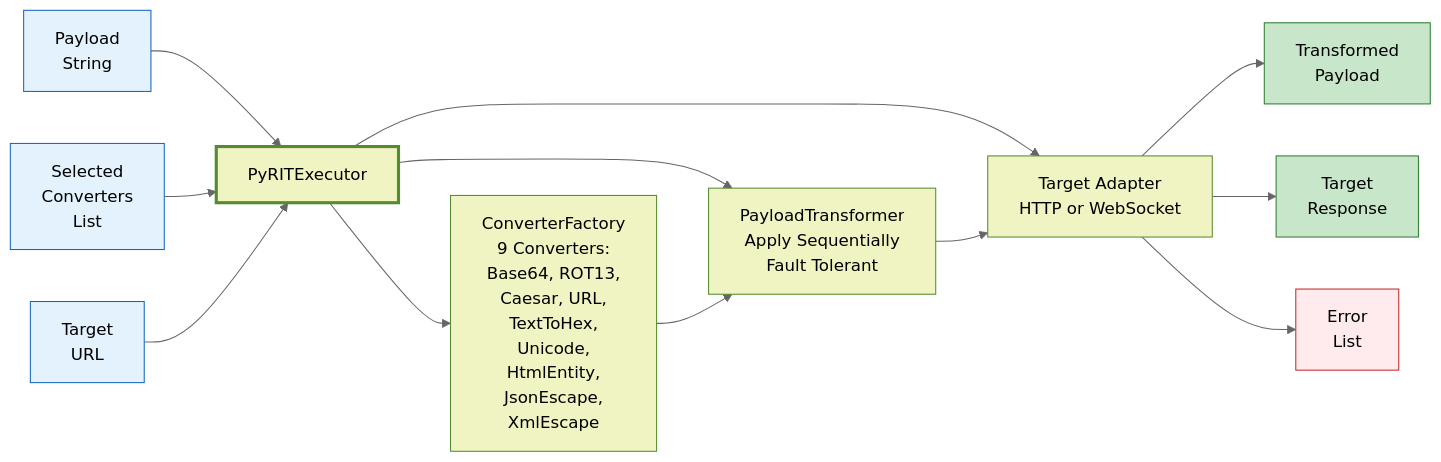
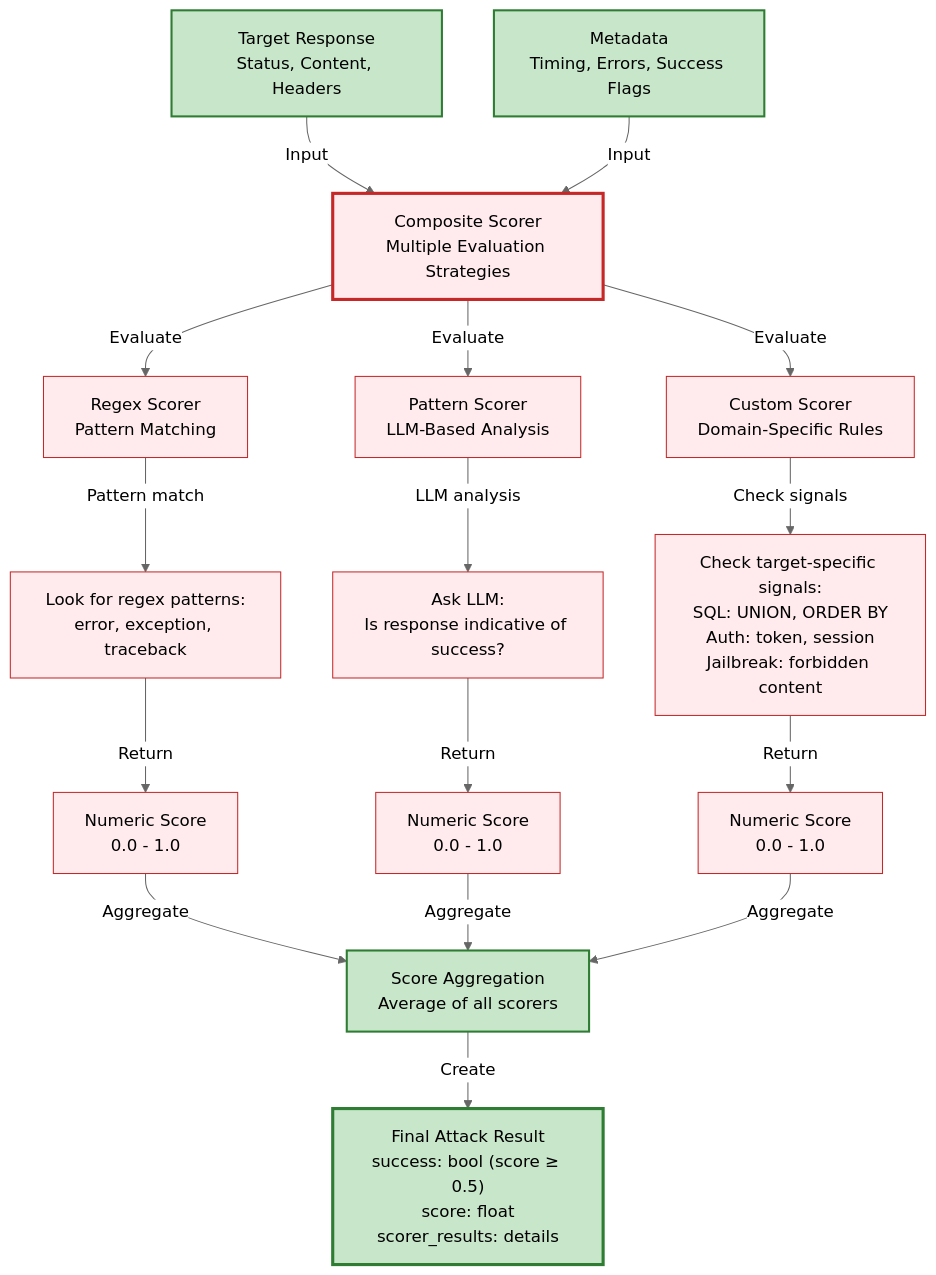
One commit to h19overflow/ASPEXA_AUTOMA changed the seventh of 13 diagrams in services/snipers/README.md. Above: the diagram before and after it, drawn with Mermaid (neutral theme). The commit also changed other lines of this file and 45 other files, not shown here.

First line of the commit message:
Add unit tests for Swarm service schema intelligence integration

````diff
--- a/services/snipers/README.md
+++ b/services/snipers/README.md
@@ -349,41 +422,63 @@
 ```mermaid
-graph LR
-    A["Payload<br/>String"]
-    B["Selected<br/>Converters<br/>List"]
-    C["Target<br/>URL"]
+graph TD
+    A["Target Response<br/>Status, Content, Headers"]
+    B["Metadata<br/>Timing, Errors, Success Flags"]
 
-    D["PyRITExecutor"]
-    E["ConverterFactory<br/>9 Converters:<br/>Base64, ROT13,<br/>Caesar, URL,<br/>TextToHex,<br/>Unicode,<br/>HtmlEntity,<br/>JsonEscape,<br/>XmlEscape"]
-    F["PayloadTransformer<br/>Apply Sequentially<br/>Fault Tolerant"]
-    G["Target Adapter<br/>HTTP or WebSocket"]
+    C["Composite Scorer<br/>Multiple Evaluation Strategies"]
 
-    H["Transformed<br/>Payload"]
-    I["Target<br/>Response"]
-    J["Error<br/>List"]
+    D["Regex Scorer<br/>Pattern Matching"]
+    E["Look for regex patterns:<br/>error, exception, traceback"]
+    F["Numeric Score<br/>0.0 - 1.0"]
 
-    A --> D
-    B --> D
-    C --> D
+    G["Pattern Scorer<br/>LLM-Based Analysis"]
+    H["Ask LLM:<br/>Is response indicative of success?"]
+    I["Numeric Score<br/>0.0 - 1.0"]
 
-    D --> E
-    D --> F
-    D --> G
+    J["Custom Scorer<br/>Domain-Specific Rules"]
+    K["Check target-specific signals:<br/>SQL: UNION, ORDER BY<br/>Auth: token, session<br/>Jailbreak: forbidden content"]
+    L["Numeric Score<br/>0.0 - 1.0"]
 
-    E --> F
-    F --> G
+    M["Score Aggregation<br/>Average of all scorers"]
+    N["Final Attack Result<br/>success: bool (score ≥ 0.5)<br/>score: float<br/>scorer_results: details"]
 
-    G --> H
-    G --> I
-    G --> J
+    A -->|Input| C
+    B -->|Input| C
 
-    style A fill:#e3f2fd,stroke:#1565c0,color:#000
-    style B fill:#e3f2fd,stroke:#1565c0,color:#000
-    style C fill:#e3f2fd,stroke:#1565c0,color:#000
-    style D fill:#f0f4c3,stroke:#558b2f,color:#000,stroke-width:3px
-    style E fill:#f0f4c3,stroke:#558b2f,color:#000
-    style F fill:#f0f4c3,stroke:#558b2f,color:#000
-    style G fill:#f0f4c3,stroke:#558b2f,color:#000
-    style H fill:#c8e6c9,stroke:#2e7d32,color:#000
-    style I fill:#c8e6c9,stroke:#2e7d32,color:#000
+    C -->|Evaluate| D
+    D -->|Pattern match| E
+    E -->|Return| F
+
+    C -->|Evaluate| G
+    G -->|LLM analysis| H
+    H -->|Return| I
+
+    C -->|Evaluate| J
+    J -->|Check signals| K
+    K -->|Return| L
+
+    F -->|Aggregate| M
+    I -->|Aggregate| M
+    L -->|Aggregate| M
+
+    M -->|Create| N
+
+    style A fill:#c8e6c9,stroke:#2e7d32,color:#000,stroke-width:2px
+    style B fill:#c8e6c9,stroke:#2e7d32,color:#000,stroke-width:2px
+
+    style C fill:#ffebee,stroke:#c62828,color:#000,stroke-width:3px
+
+    style D fill:#ffebee,stroke:#c62828,color:#000
+    style E fill:#ffebee,stroke:#c62828,color:#000
+    style F fill:#ffebee,stroke:#c62828,color:#000
+
+    style G fill:#ffebee,stroke:#c62828,color:#000
+    style H fill:#ffebee,stroke:#c62828,color:#000
+    style I fill:#ffebee,stroke:#c62828,color:#000
+
     style J fill:#ffebee,stroke:#c62828,color:#000
+    style K fill:#ffebee,stroke:#c62828,color:#000
+    style L fill:#ffebee,stroke:#c62828,color:#000
+
+    style M fill:#c8e6c9,stroke:#2e7d32,color:#000,stroke-width:2px
+    style N fill:#c8e6c9,stroke:#2e7d32,color:#000,stroke-width:3px
 ```
````
